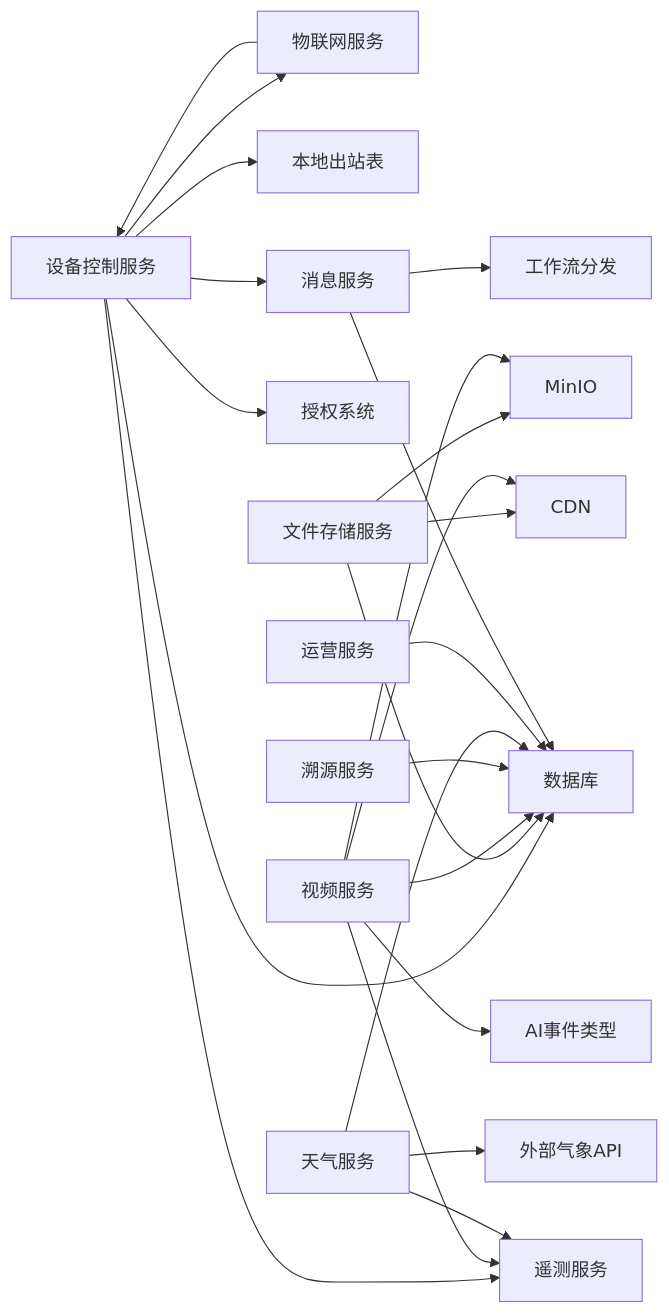
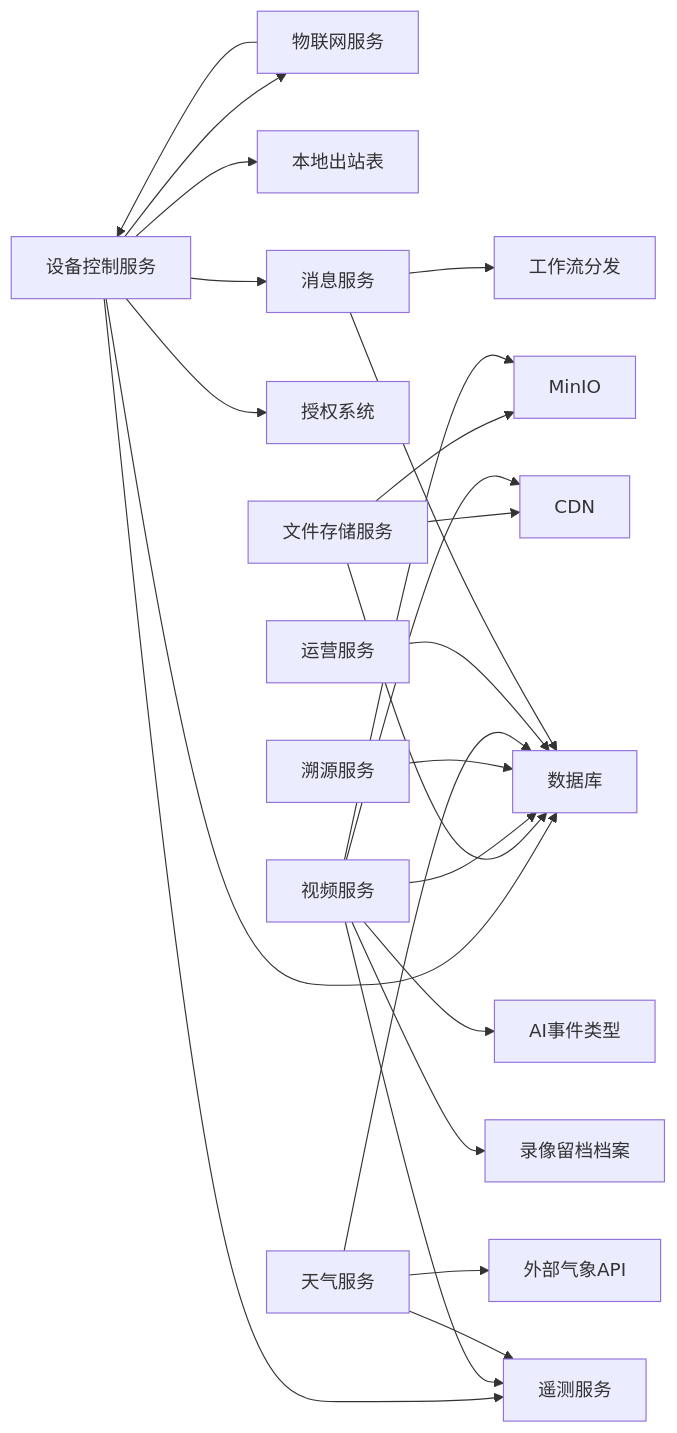
Before and after one commit to q446328246/agri-platform: diagram 41 of 41 in .qoder/repowiki/zh/content/核心服务文档/其他业务服务.md, drawn with Mermaid. The commit also changed other lines of this file and 5 other files, not shown here.

````diff
--- a/.qoder/repowiki/zh/content/核心服务文档/其他业务服务.md
+++ b/.qoder/repowiki/zh/content/核心服务文档/其他业务服务.md
@@ -1075,25 +1106,26 @@
 ```mermaid
 graph LR
 CS["设备控制服务"] --> IoT["物联网服务"]
 CS --> DB["数据库"]
 CS --> OUTBOX["本地出站表"]
 CS --> MS["消息服务"]
 CS --> TELEMETRY["遥测服务"]
 CS --> AUTHZ["授权系统"]
 IoT --> CS
 FS["文件存储服务"] --> MINIO["MinIO"]
 FS --> CDN["CDN"]
 FS --> DB
 VID["视频服务"] --> MINIO
 VID --> CDN
 VID --> DB
 VID --> TELEMETRY
 VID --> AI_TYPES["AI事件类型"]
+VID --> ARCHIVES["录像留档档案"]
 TRC["溯源服务"] --> DB
 WTH["天气服务"] --> EXT["外部气象API"]
 WTH --> DB
 WTH --> TELEMETRY
 OPS["运营服务"] --> DB
 MS --> DB
 MS --> WORKFLOW["工作流分发"]
 ```
````
